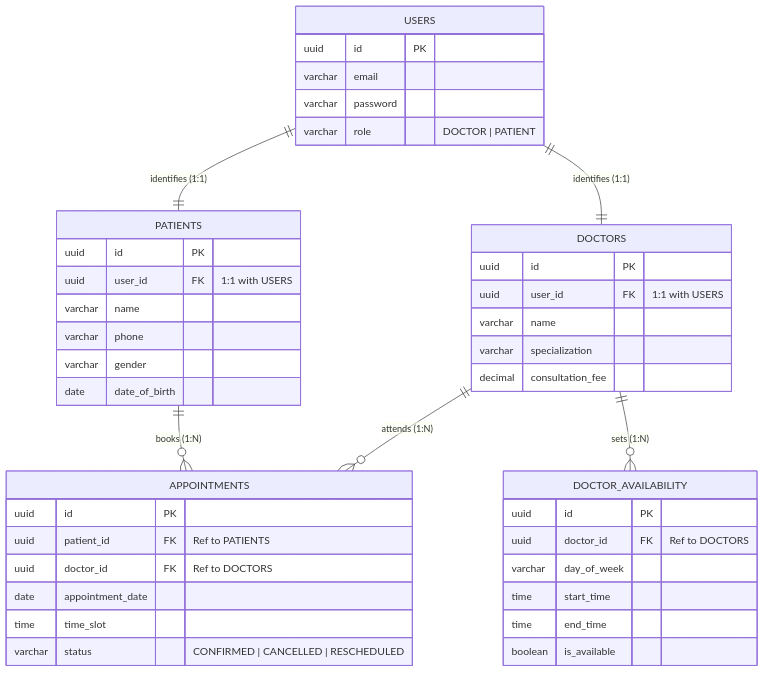
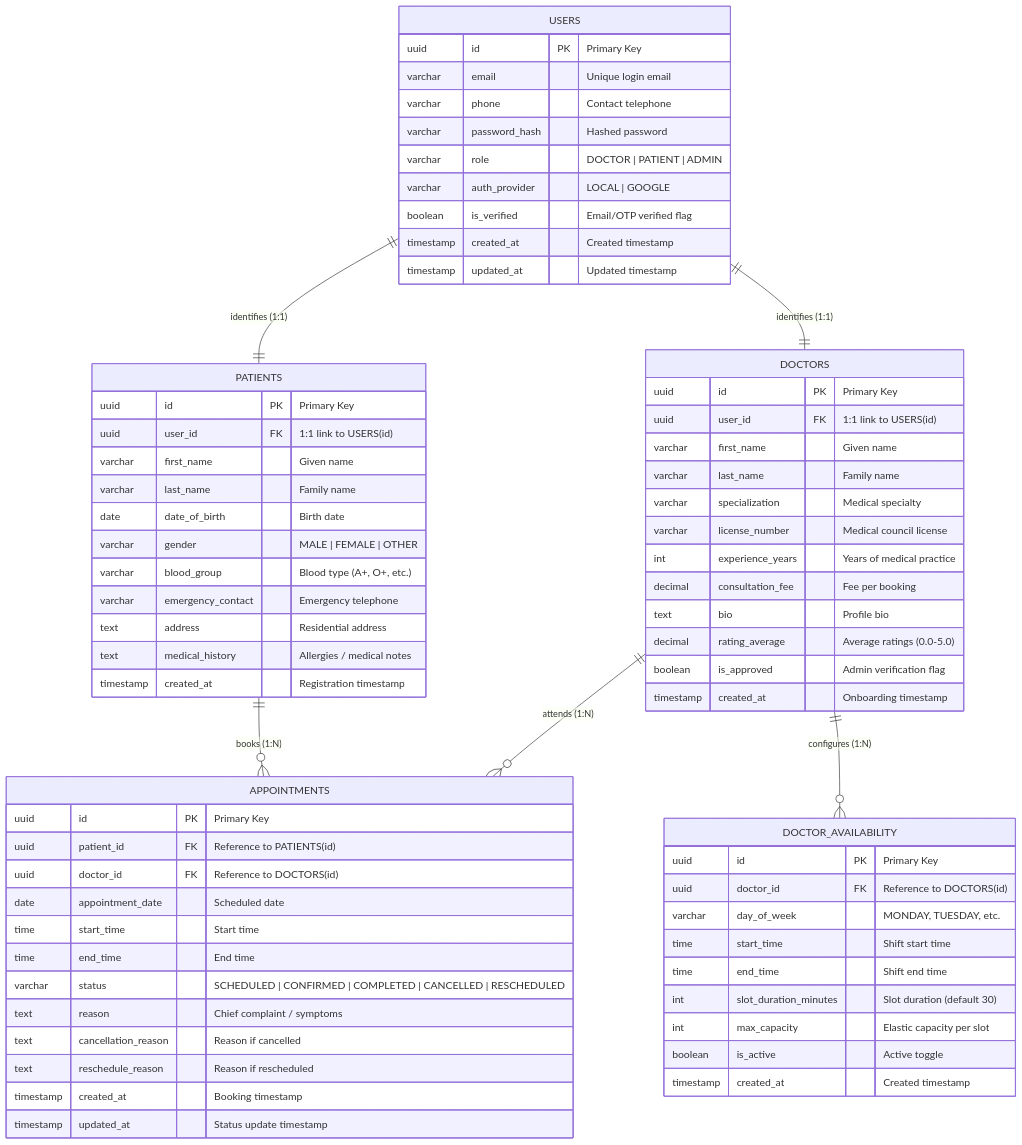
Before and after one commit to ankitjha93/medrella-hms-PearlThoughts: the diagram in README.md, drawn with Mermaid. The commit also changed other lines of this file and 4 other files, not shown here.

Commit message:
feat(erd): enrich 5 core entities with complete clinical, auth, and operational details

````diff
--- a/README.md
+++ b/README.md
@@ -17,56 +17,94 @@
 ```mermaid
 erDiagram
+    %% ==========================================
     %% 1. USER MODULE
+    %% ==========================================
     USERS {
-        uuid id PK
-        varchar email
-        varchar password
-        varchar role "DOCTOR | PATIENT"
+        uuid id PK "Primary Key"
+        varchar email "Unique login email"
+        varchar phone "Contact telephone"
+        varchar password_hash "Hashed password"
+        varchar role "DOCTOR | PATIENT | ADMIN"
+        varchar auth_provider "LOCAL | GOOGLE"
+        boolean is_verified "Email/OTP verified flag"
+        timestamp created_at "Created timestamp"
+        timestamp updated_at "Updated timestamp"
     }
 
+    %% ==========================================
     %% 2. PATIENT MODULE
+    %% ==========================================
     PATIENTS {
-        uuid id PK
-        uuid user_id FK "1:1 with USERS"
-        varchar name
-        varchar phone
-        varchar gender
-        date date_of_birth
+        uuid id PK "Primary Key"
+        uuid user_id FK "1:1 link to USERS(id)"
+        varchar first_name "Given name"
+        varchar last_name "Family name"
+        date date_of_birth "Birth date"
+        varchar gender "MALE | FEMALE | OTHER"
+        varchar blood_group "Blood type (A+, O+, etc.)"
+        varchar emergency_contact "Emergency telephone"
+        text address "Residential address"
+        text medical_history "Allergies / medical notes"
+        timestamp created_at "Registration timestamp"
     }
 
+    %% ==========================================
     %% 3. DOCTOR MODULE
+    %% ==========================================
     DOCTORS {
-        uuid id PK
-        uuid user_id FK "1:1 with USERS"
-        varchar name
-        varchar specialization
-        decimal consultation_fee
+        uuid id PK "Primary Key"
+        uuid user_id FK "1:1 link to USERS(id)"
+        varchar first_name "Given name"
+        varchar last_name "Family name"
+        varchar specialization "Medical specialty"
+        varchar license_number "Medical council license"
+        int experience_years "Years of medical practice"
+        decimal consultation_fee "Fee per booking"
+        text bio "Profile bio"
+        decimal rating_average "Average ratings (0.0-5.0)"
+        boolean is_approved "Admin verification flag"
+        timestamp created_at "Onboarding timestamp"
     }
 
+    %% ==========================================
     %% 4. AVAILABILITY MODULE
+    %% ==========================================
     DOCTOR_AVAILABILITY {
-        uuid id PK
-        uuid doctor_id FK "Ref to DOCTORS"
-        varchar day_of_week
-        time start_time
-        time end_time
-        boolean is_available
+        uuid id PK "Primary Key"
+        uuid doctor_id FK "Reference to DOCTORS(id)"
+        varchar day_of_week "MONDAY, TUESDAY, etc."
+        time start_time "Shift start time"
+        time end_time "Shift end time"
+        int slot_duration_minutes "Slot duration (default 30)"
+        int max_capacity "Elastic capacity per slot"
+        boolean is_active "Active toggle"
+        timestamp created_at "Created timestamp"
     }
 
+    %% ==========================================
     %% 5. APPOINTMENT MODULE
+    %% ==========================================
     APPOINTMENTS {
-        uuid id PK
-        uuid patient_id FK "Ref to PATIENTS"
-        uuid doctor_id FK "Ref to DOCTORS"
-        date appointment_date
-        time time_slot
-        varchar status "CONFIRMED | CANCELLED | RESCHEDULED"
+        uuid id PK "Primary Key"
+        uuid patient_id FK "Reference to PATIENTS(id)"
+        uuid doctor_id FK "Reference to DOCTORS(id)"
+        date appointment_date "Scheduled date"
+        time start_time "Start time"
+        time end_time "End time"
+        varchar status "SCHEDULED | CONFIRMED | COMPLETED | CANCELLED | RESCHEDULED"
+        text reason "Chief complaint / symptoms"
+        text cancellation_reason "Reason if cancelled"
+        text reschedule_reason "Reason if rescheduled"
+        timestamp created_at "Booking timestamp"
+        timestamp updated_at "Status update timestamp"
     }
 
-    %% RELATIONSHIPS
+    %% ==========================================
+    %% RELATIONSHIPS & CARDINALITY
+    %% ==========================================
     USERS ||--|| PATIENTS : "identifies (1:1)"
     USERS ||--|| DOCTORS : "identifies (1:1)"
-    DOCTORS ||--o{ DOCTOR_AVAILABILITY : "sets (1:N)"
+    DOCTORS ||--o{ DOCTOR_AVAILABILITY : "configures (1:N)"
     PATIENTS ||--o{ APPOINTMENTS : "books (1:N)"
     DOCTORS ||--o{ APPOINTMENTS : "attends (1:N)"
 ```
````
